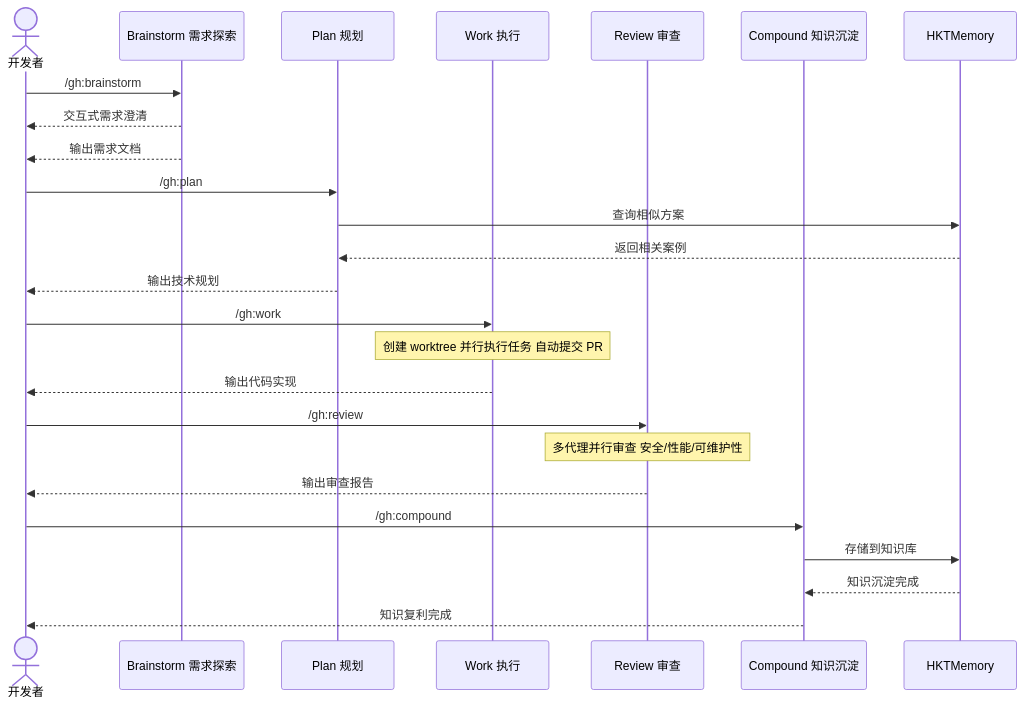
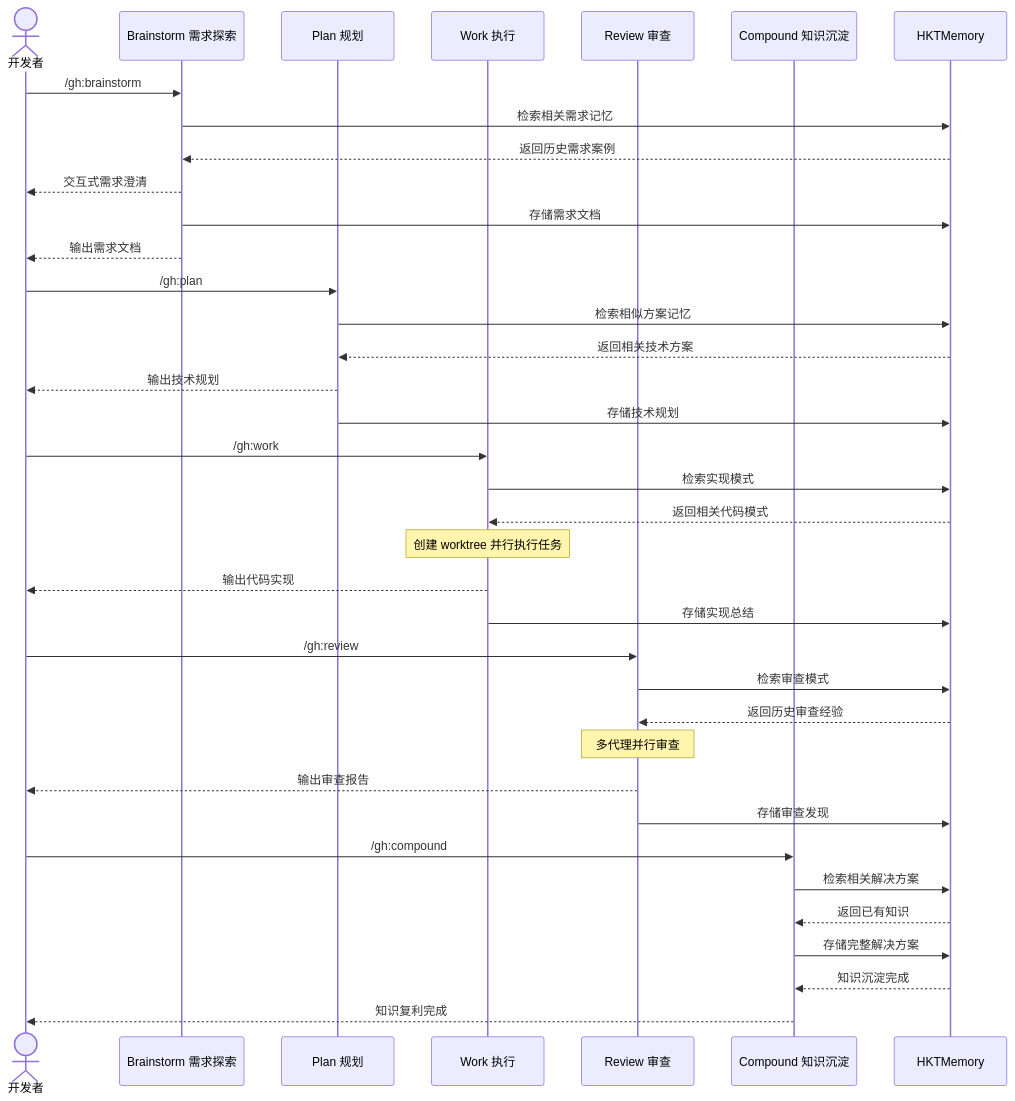
One commit to wangrenzhu-ola/GaleHarnessCodingCLI changed the second of 4 diagrams in README.md. Above: the diagram before and after it, drawn with Mermaid. The commit also changed other lines of this file and 4 other files, not shown here.

````diff
--- a/README.md
+++ b/README.md
@@ -77,32 +79,44 @@
 ```mermaid
 sequenceDiagram
     actor User as 开发者
     participant BS as Brainstorm 需求探索
     participant PL as Plan 规划
     participant WK as Work 执行
     participant RV as Review 审查
     participant CP as Compound 知识沉淀
     participant HKT as HKTMemory
 
     User->>BS: /gh:brainstorm
+    BS->>HKT: 检索相关需求记忆
+    HKT-->>BS: 返回历史需求案例
     BS-->>User: 交互式需求澄清
+    BS->>HKT: 存储需求文档
     BS-->>User: 输出需求文档
 
     User->>PL: /gh:plan
-    PL->>HKT: 查询相似方案
-    HKT-->>PL: 返回相关案例
+    PL->>HKT: 检索相似方案记忆
+    HKT-->>PL: 返回相关技术方案
     PL-->>User: 输出技术规划
+    PL->>HKT: 存储技术规划
 
     User->>WK: /gh:work
-    Note over WK: 创建 worktree 并行执行任务 自动提交 PR
+    WK->>HKT: 检索实现模式
+    HKT-->>WK: 返回相关代码模式
+    Note over WK: 创建 worktree 并行执行任务
     WK-->>User: 输出代码实现
+    WK->>HKT: 存储实现总结
 
     User->>RV: /gh:review
-    Note over RV: 多代理并行审查 安全/性能/可维护性
+    RV->>HKT: 检索审查模式
+    HKT-->>RV: 返回历史审查经验
+    Note over RV: 多代理并行审查
     RV-->>User: 输出审查报告
+    RV->>HKT: 存储审查发现
 
     User->>CP: /gh:compound
-    CP->>HKT: 存储到知识库
+    CP->>HKT: 检索相关解决方案
+    HKT-->>CP: 返回已有知识
+    CP->>HKT: 存储完整解决方案
     HKT-->>CP: 知识沉淀完成
     CP-->>User: 知识复利完成
 ```
````
